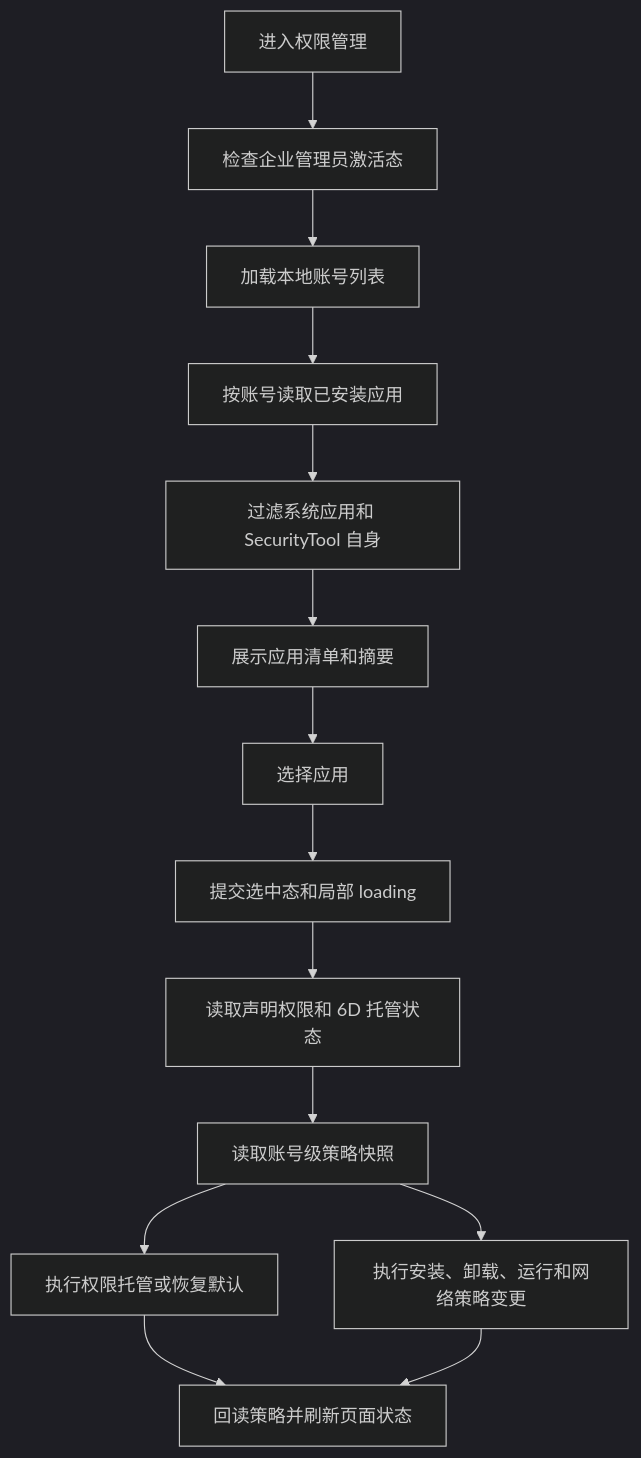
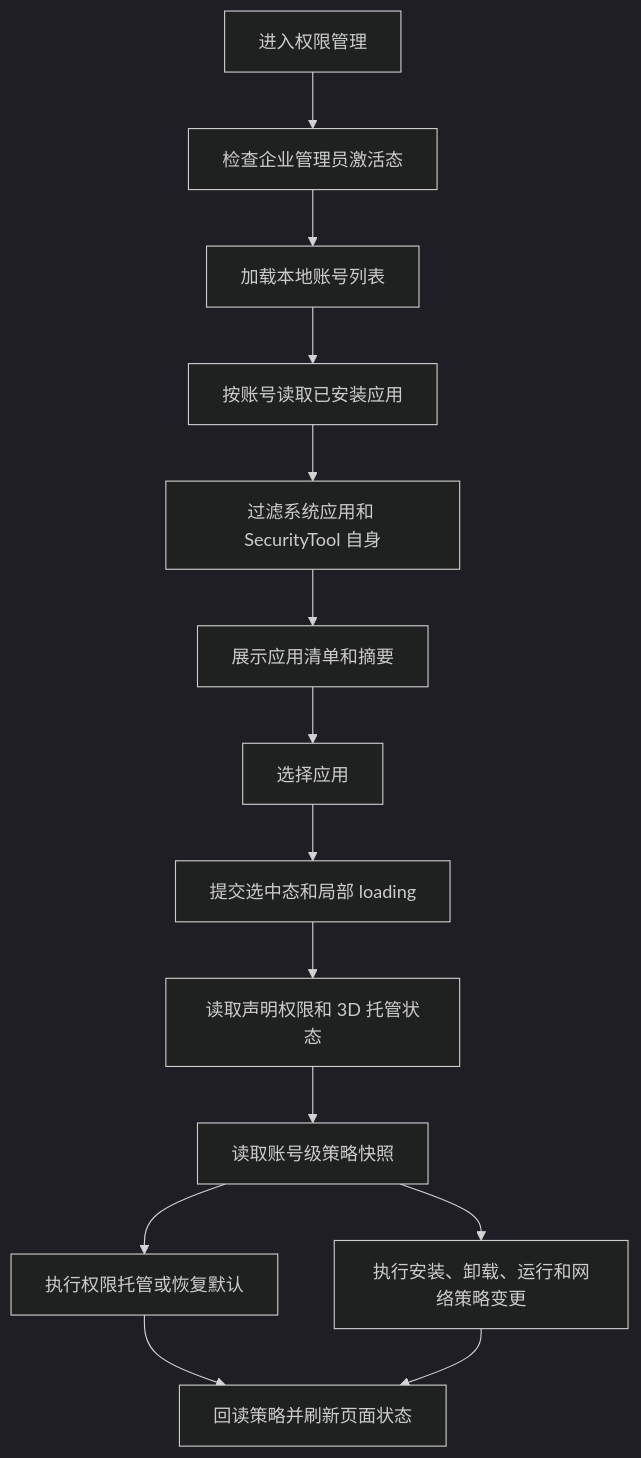
Before and after one commit to Deslord319/security_tool: the diagram in docs/03-模块设计/权限管理组件设计说明.md, drawn with Mermaid (dark theme). The commit also changed other lines of this file and 3 other files, not shown here.

````diff
--- a/docs/03-模块设计/权限管理组件设计说明.md
+++ b/docs/03-模块设计/权限管理组件设计说明.md
@@ -145,16 +142,16 @@
 ```mermaid
 flowchart TD
   A["进入权限管理"] --> B["检查企业管理员激活态"]
   B --> C["加载本地账号列表"]
   C --> D["按账号读取已安装应用"]
   D --> E["过滤系统应用和 SecurityTool 自身"]
   E --> G["展示应用清单和摘要"]
   G --> H["选择应用"]
   H --> I["提交选中态和局部 loading"]
-  I --> J["读取声明权限和 6D 托管状态"]
+  I --> J["读取声明权限和 3D 托管状态"]
   J --> N["读取账号级策略快照"]
   N --> K["执行权限托管或恢复默认"]
   N --> L["执行安装、卸载、运行和网络策略变更"]
   K --> M["回读策略并刷新页面状态"]
   L --> M
 ```
````
